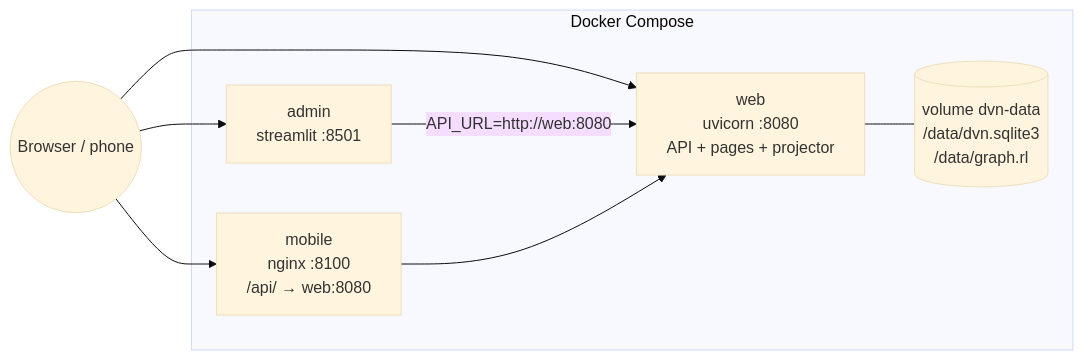
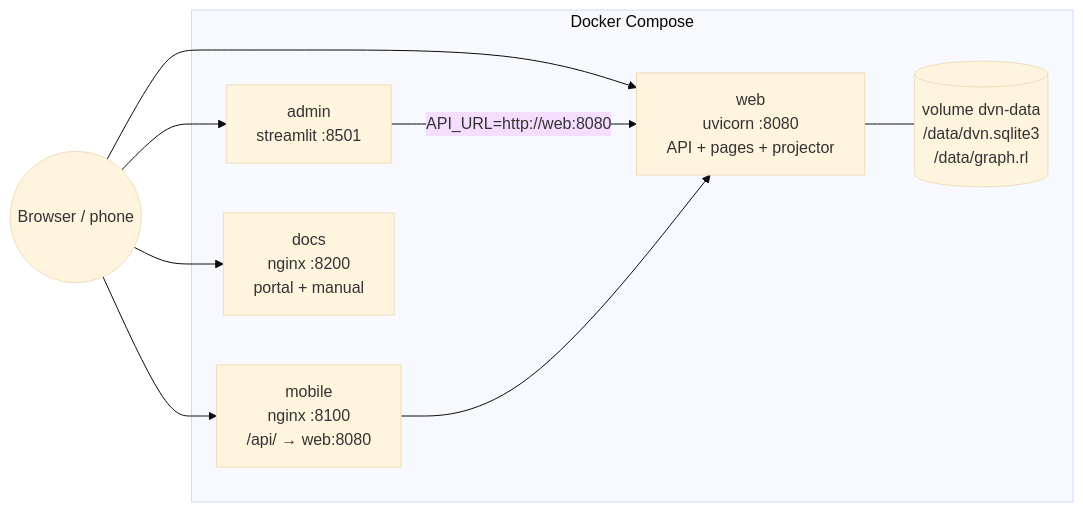
Before and after one commit to TheCyberScallywag/hackEntry: diagram 11 of 11 in docs/content/project/solution-architecture.md, drawn with Mermaid (base theme). The commit also changed other lines of this file and 109 other files, not shown here.

````diff
--- a/docs/content/project/solution-architecture.md
+++ b/docs/content/project/solution-architecture.md
@@ -614,13 +636,14 @@
 ```mermaid
 flowchart LR
   subgraph Host["Docker Compose"]
     web["web<br/>uvicorn :8080<br/>API + pages + projector"]
     admin["admin<br/>streamlit :8501"]
     mobile["mobile<br/>nginx :8100<br/>/api/ → web:8080"]
+    docs["docs<br/>nginx :8200<br/>portal + manual"]
     vol[("volume dvn-data<br/>/data/dvn.sqlite3<br/>/data/graph.rl")]
   end
-  user((Browser / phone)) --> web & admin & mobile
+  user((Browser / phone)) --> web & admin & mobile & docs
   admin -- "API_URL=http://web:8080" --> web
   mobile --> web
   web --- vol
 ```
````
